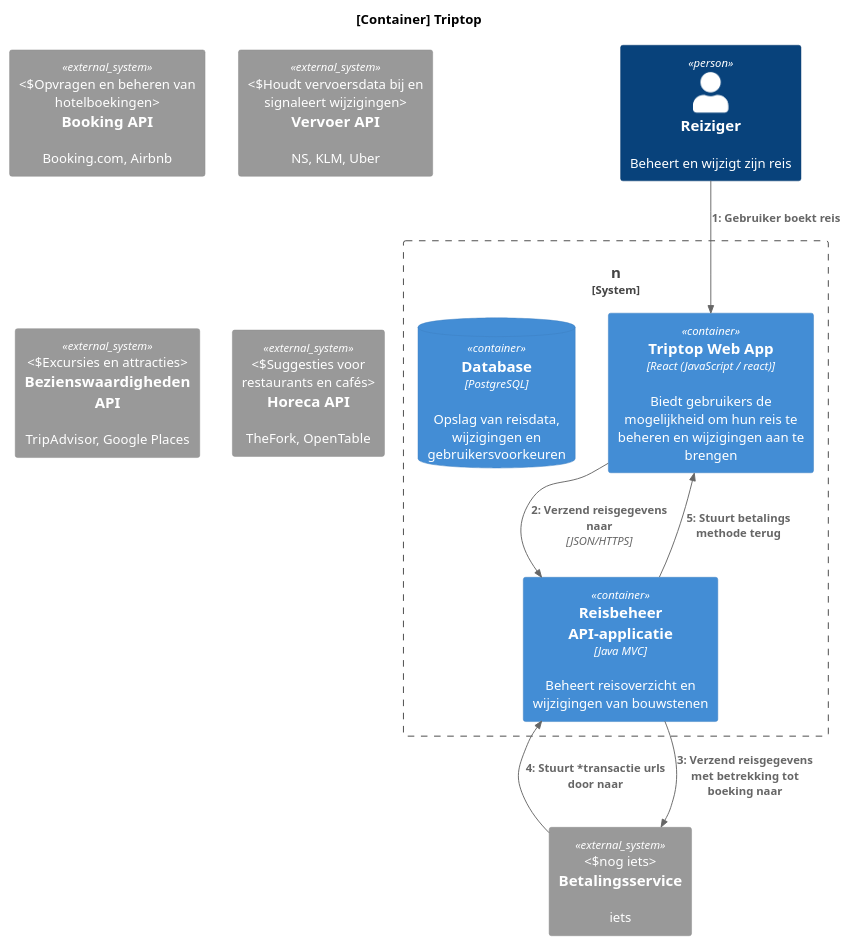
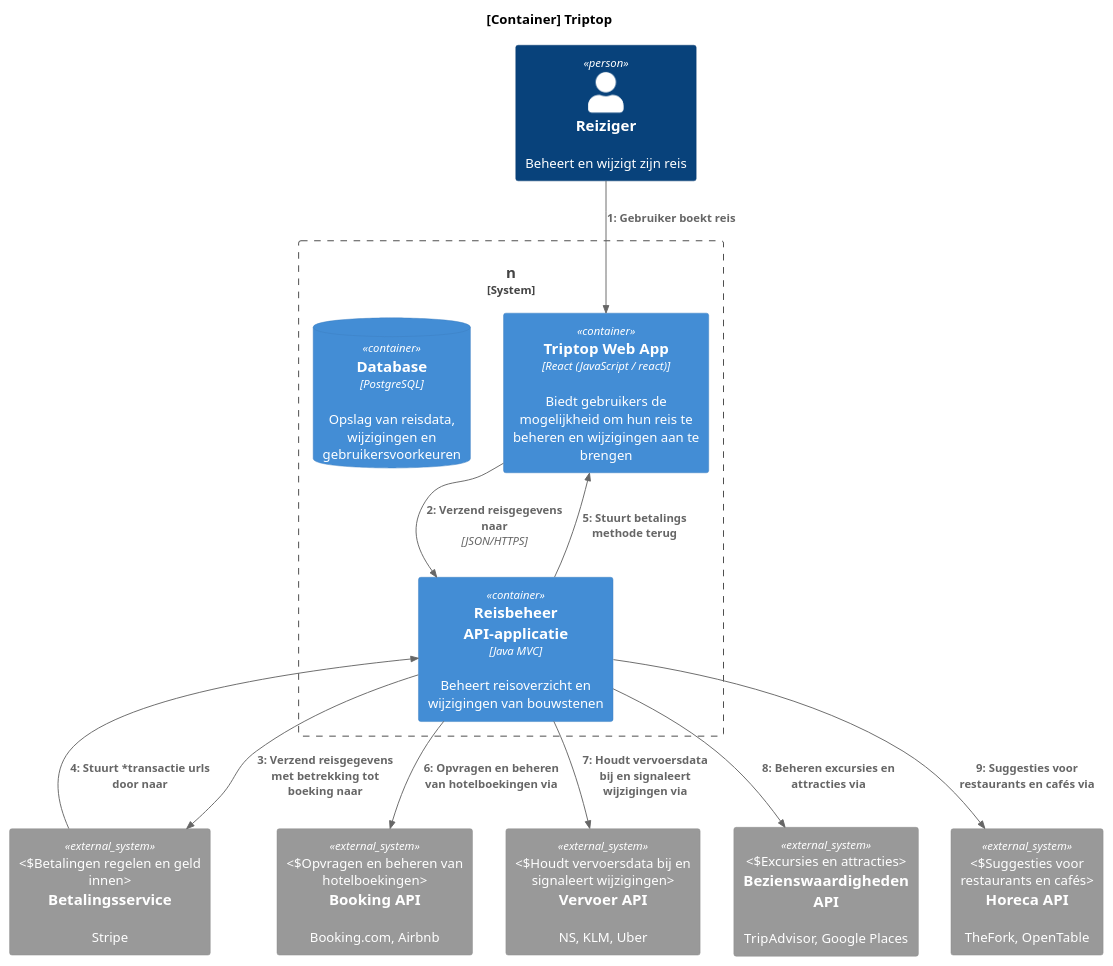
One commit to AIM-ENE-feb25/triptop-groep-4-afscheidscadeau-voor-juf-kim changed the diagram in opdracht-diagrammen/Dynamisch Diagram reisBoeken.puml. Above: the diagram before and after it, drawn with PlantUML.

Commit message:
Update diagram

````diff
--- a/opdracht-diagrammen/Dynamisch Diagram reisBoeken.puml
+++ b/opdracht-diagrammen/Dynamisch Diagram reisBoeken.puml
@@ -1,42 +1,43 @@
 @startuml
 !include https://raw.githubusercontent.com/plantuml-stdlib/C4-PlantUML/master/C4_Dynamic.puml
-
 
 title [Container] Triptop
 
 Person(user, "Reiziger", "Beheert en wijzigt zijn reis")
 
 System_Boundary(triptop, "n") {
 
     Container(web, "Triptop Web App", "React (JavaScript / react)", "Biedt gebruikers de mogelijkheid om hun reis te beheren en wijzigingen aan te brengen")
 
 '    Nodig?
 '    Container(api, "API Gateway", "Java MVC", "")
 
     Container(trip_manager, "Reisbeheer API-applicatie", "Java MVC", "Beheert reisoverzicht en wijzigingen van bouwstenen")
 
     ContainerDb(db, "Database", "PostgreSQL", "Opslag van reisdata, wijzigingen en gebruikersvoorkeuren")
 }
 
 
 System_Ext(booking, "Booking API", "Booking.com, Airbnb", "Opvragen en beheren van hotelboekingen")
 
 System_Ext(transport, "Vervoer API", "NS, KLM, Uber", "Houdt vervoersdata bij en signaleert wijzigingen")
 
 System_Ext(attractions, "Bezienswaardigheden API", "TripAdvisor, Google Places", "Excursies en attracties")
 
 System_Ext(horeca, "Horeca API", "TheFork, OpenTable", "Suggesties voor restaurants en cafés")
 
-System_Ext(betaling, "Betalingsservice", "iets", "nog iets")
-
-
+System_Ext(betaling, "Betalingsservice", "Stripe", "Betalingen regelen en geld innen")
 
 Rel(user, web, "Gebruiker boekt reis")
 Rel(web, trip_manager, "Verzend reisgegevens naar", JSON/HTTPS)
 Rel(trip_manager, betaling, "Verzend reisgegevens met betrekking tot boeking naar")
 Rel(betaling, trip_manager, "Stuurt *transactie urls door naar")
 Rel(trip_manager, web, "Stuurt betalings methode terug")
 
+' Connecting all APIs to Reisbeheer API applicatie
+Rel(trip_manager, booking, "Opvragen en beheren van hotelboekingen via")
+Rel(trip_manager, transport, "Houdt vervoersdata bij en signaleert wijzigingen via")
+Rel(trip_manager, attractions, "Beheren excursies en attracties via")
+Rel(trip_manager, horeca, "Suggesties voor restaurants en cafés via")
 
-
-@enduml```
+@enduml
````
